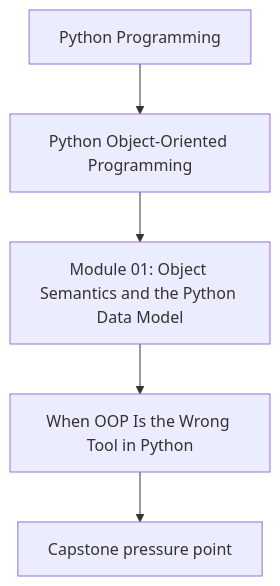
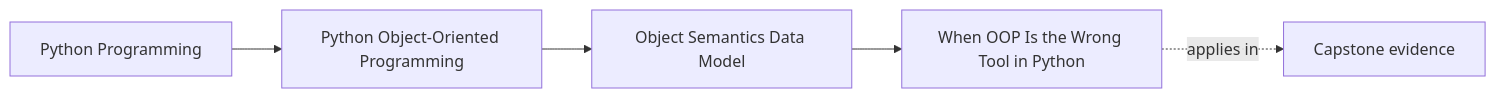
One commit to bijux/bijux-masterclass changed the first of 2 diagrams in programs/python-programming/python-object-oriented-programming/course-book/module-01-object-semantics-data-model/when-classes-are-the-wrong-tool.md. Above: the diagram before and after it, drawn with Mermaid. The commit also changed other lines of this file and 65 other files, not shown here.

Commit message:
docs(python-object-oriented-programming): map object model and design foundations

````diff
--- a/programs/python-programming/python-object-oriented-programming/course-book/module-01-object-semantics-data-model/when-classes-are-the-wrong-tool.md
+++ b/programs/python-programming/python-object-oriented-programming/course-book/module-01-object-semantics-data-model/when-classes-are-the-wrong-tool.md
@@ -7,7 +7,11 @@
 ```mermaid
-flowchart TD
-  family["Python Programming"] --> program["Python Object-Oriented Programming"]
-  program --> module["Module 01: Object Semantics and the Python Data Model"]
-  module --> concept["When OOP Is the Wrong Tool in Python"]
-  concept --> capstone["Capstone pressure point"]
+graph LR
+  family["Python Programming"]
+  program["Python Object-Oriented Programming"]
+  section["Object Semantics Data Model"]
+  page["When OOP Is the Wrong Tool in Python"]
+  capstone["Capstone evidence"]
+
+  family --> program --> section --> page
+  page -.applies in.-> capstone
 ```
````
